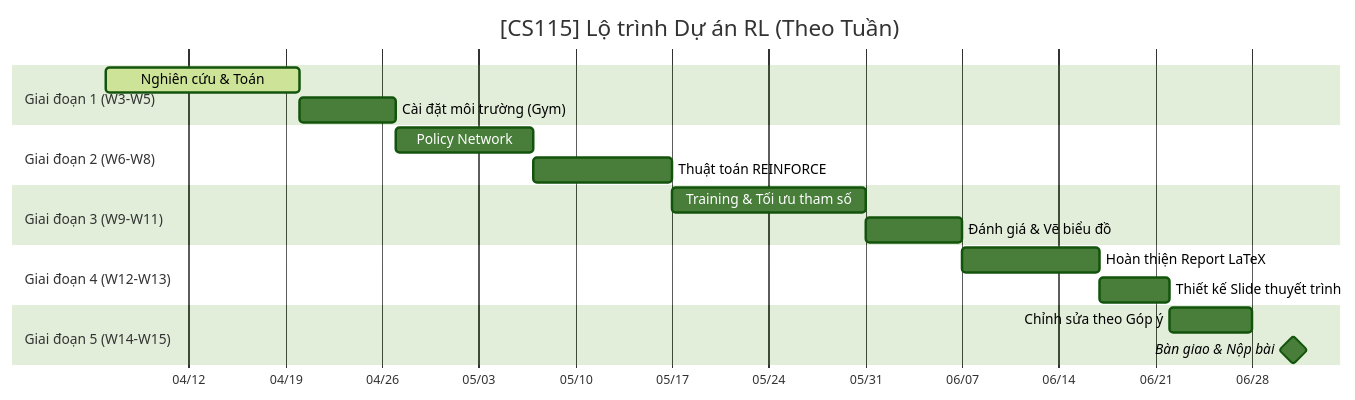
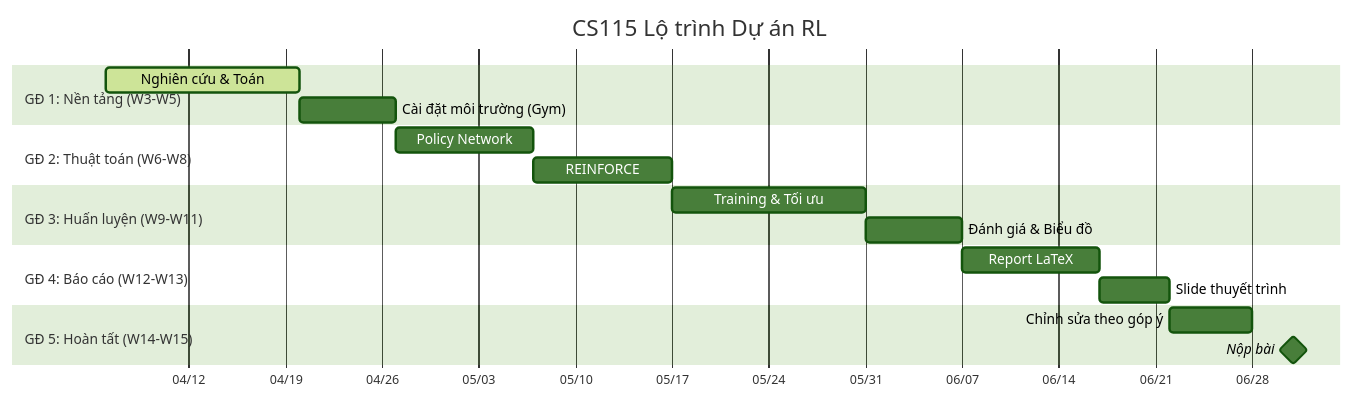
Before and after one commit to uit-25730067-chithanh/CS115-Team05-PG: the diagram in README-vi.md, drawn with Mermaid (forest theme). The commit also changed other lines of this file and 5 other files, not shown here.

````diff
--- a/README-vi.md
+++ b/README-vi.md
@@ -25,27 +27,27 @@
 ```mermaid
 gantt
-    title [CS115] Lộ trình Dự án RL (Theo Tuần)
+    title CS115 Lộ trình Dự án RL
     dateFormat  YYYY-MM-DD
     tickInterval 1w
     axisFormat  %m/%d
 
-    section Giai đoạn 1 (W3-W5)
+    section GĐ 1: Nền tảng (W3-W5)
     Nghiên cứu & Toán           :active, des1, 2026-04-06, 14d
     Cài đặt môi trường (Gym)    :des2, after des1, 7d
 
-    section Giai đoạn 2 (W6-W8)
+    section GĐ 2: Thuật toán (W6-W8)
     Policy Network              :des3, after des2, 10d
-    Thuật toán REINFORCE        :des4, after des3, 10d
+    REINFORCE                   :des4, after des3, 10d
 
-    section Giai đoạn 3 (W9-W11)
-    Training & Tối ưu tham số   :des5, after des4, 14d
-    Đánh giá & Vẽ biểu đồ       :des6, after des5, 7d
+    section GĐ 3: Huấn luyện (W9-W11)
+    Training & Tối ưu           :des5, after des4, 14d
+    Đánh giá & Biểu đồ         :des6, after des5, 7d
 
-    section Giai đoạn 4 (W12-W13)
-    Hoàn thiện Report LaTeX     :des7, after des6, 10d
-    Thiết kế Slide thuyết trình :des8, after des7, 5d
+    section GĐ 4: Báo cáo (W12-W13)
+    Report LaTeX                :des7, after des6, 10d
+    Slide thuyết trình          :des8, after des7, 5d
 
-    section Giai đoạn 5 (W14-W15)
-    Chỉnh sửa theo Góp ý        :des9, after des8, 6d
-    Bàn giao & Nộp bài          :milestone, des10, 2026-07-01, 0d
+    section GĐ 5: Hoàn tất (W14-W15)
+    Chỉnh sửa theo góp ý       :des9, after des8, 6d
+    Nộp bài                     :milestone, des10, 2026-07-01, 0d
 ```
````
